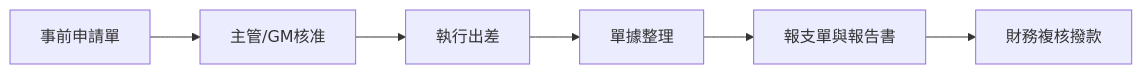
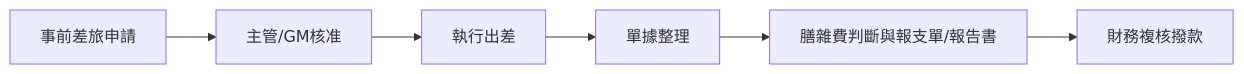
Before and after one commit to fordissi/Corporate-HR-Handbook: the diagram in Employee Handbook/HR-PR-TRV-01_員工差旅管理程序.md, drawn with Mermaid. The commit also changed other lines of this file and 56 other files, not shown here.

````diff
--- a/Employee Handbook/HR-PR-TRV-01_員工差旅管理程序.md
+++ b/Employee Handbook/HR-PR-TRV-01_員工差旅管理程序.md
@@ -12,8 +85,8 @@
 ```mermaid
 flowchart LR
-    A[事前申請單] --> B[主管/GM核准]
+    A[事前差旅申請] --> B[主管/GM核准]
     B --> C[執行出差]
     C --> D[單據整理]
-    D --> E[報支單與報告書]
+    D --> E[膳雜費判斷與報支單/報告書]
     E --> F[財務複核撥款]
 ```
````
